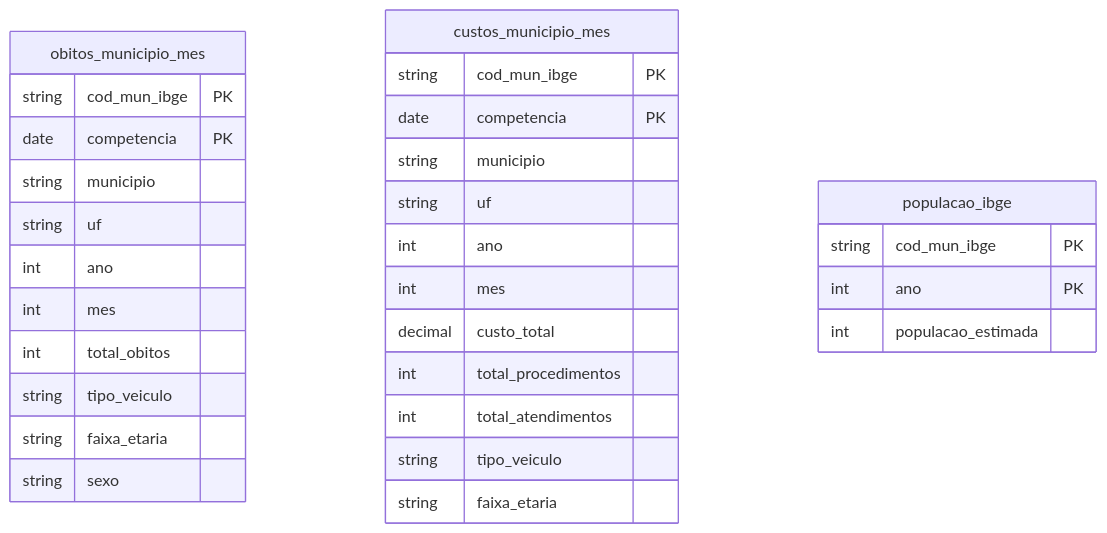
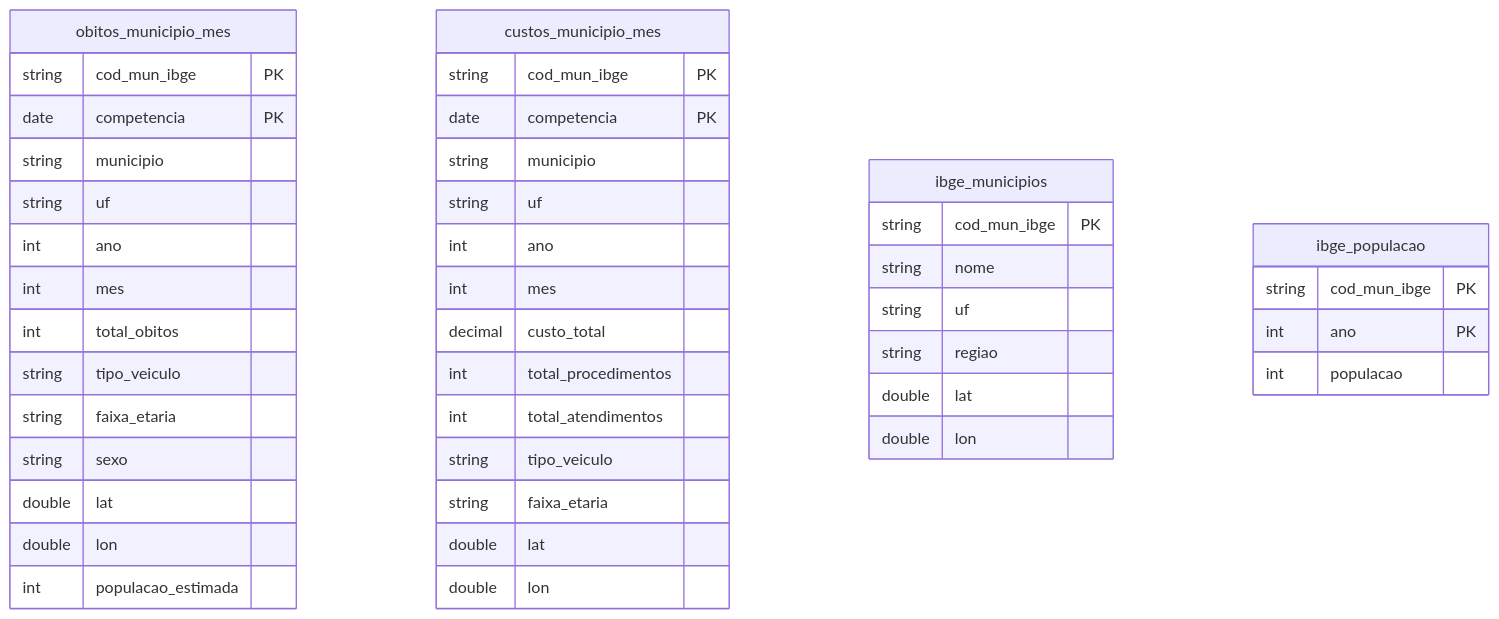
The third of 4 diagrams in ARCHITECTURE.md (thallyslemos/tcc-pipeline-transito-sus), drawn with Mermaid before and after one commit. The commit also changed other lines of this file and 11 other files, not shown here.

````diff
--- a/ARCHITECTURE.md
+++ b/ARCHITECTURE.md
@@ -116,35 +130,49 @@
 ```mermaid
 erDiagram
     obitos_municipio_mes {
         string cod_mun_ibge PK
         date competencia PK
         string municipio
         string uf
         int ano
         int mes
         int total_obitos
         string tipo_veiculo
         string faixa_etaria
         string sexo
+        double lat
+        double lon
+        int populacao_estimada
     }
 
     custos_municipio_mes {
         string cod_mun_ibge PK
         date competencia PK
         string municipio
         string uf
         int ano
         int mes
         decimal custo_total
         int total_procedimentos
         int total_atendimentos
         string tipo_veiculo
         string faixa_etaria
+        double lat
+        double lon
     }
 
-    populacao_ibge {
+    ibge_municipios {
+        string cod_mun_ibge PK
+        string nome
+        string uf
+        string regiao
+        double lat
+        double lon
+    }
+
+    ibge_populacao {
         string cod_mun_ibge PK
         int ano PK
-        int populacao_estimada
+        int populacao
     }
 ```
````
